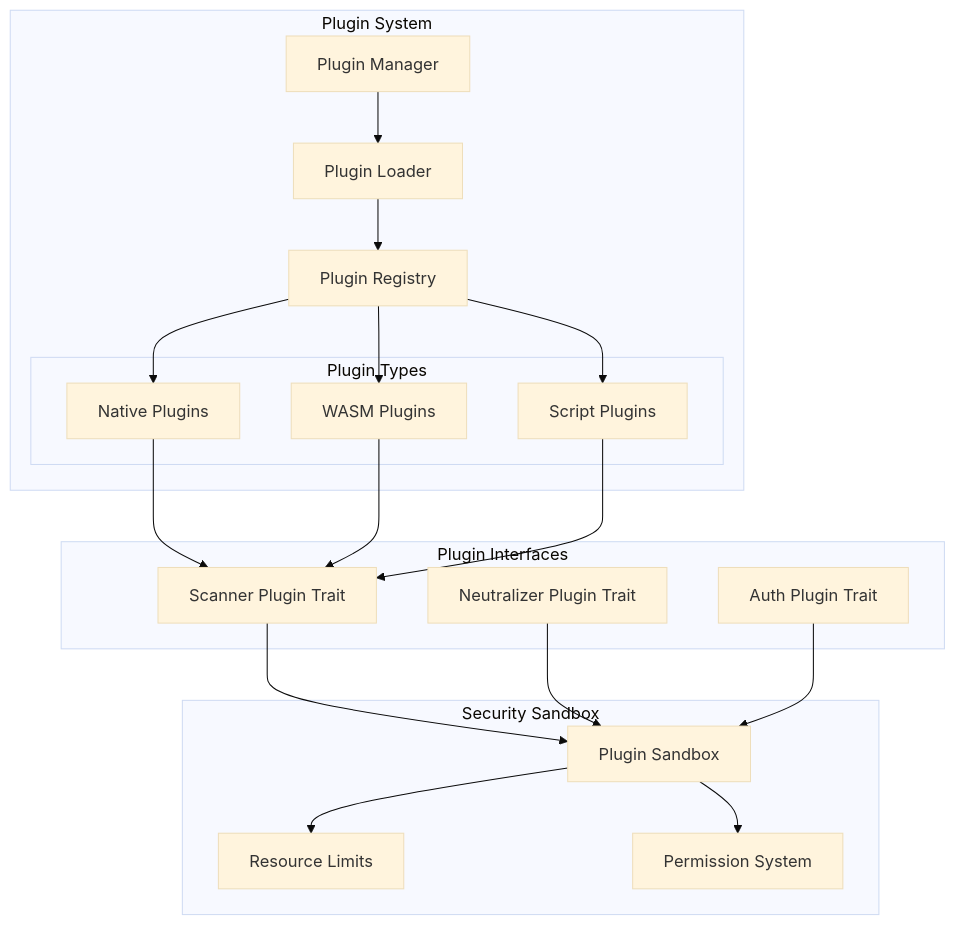
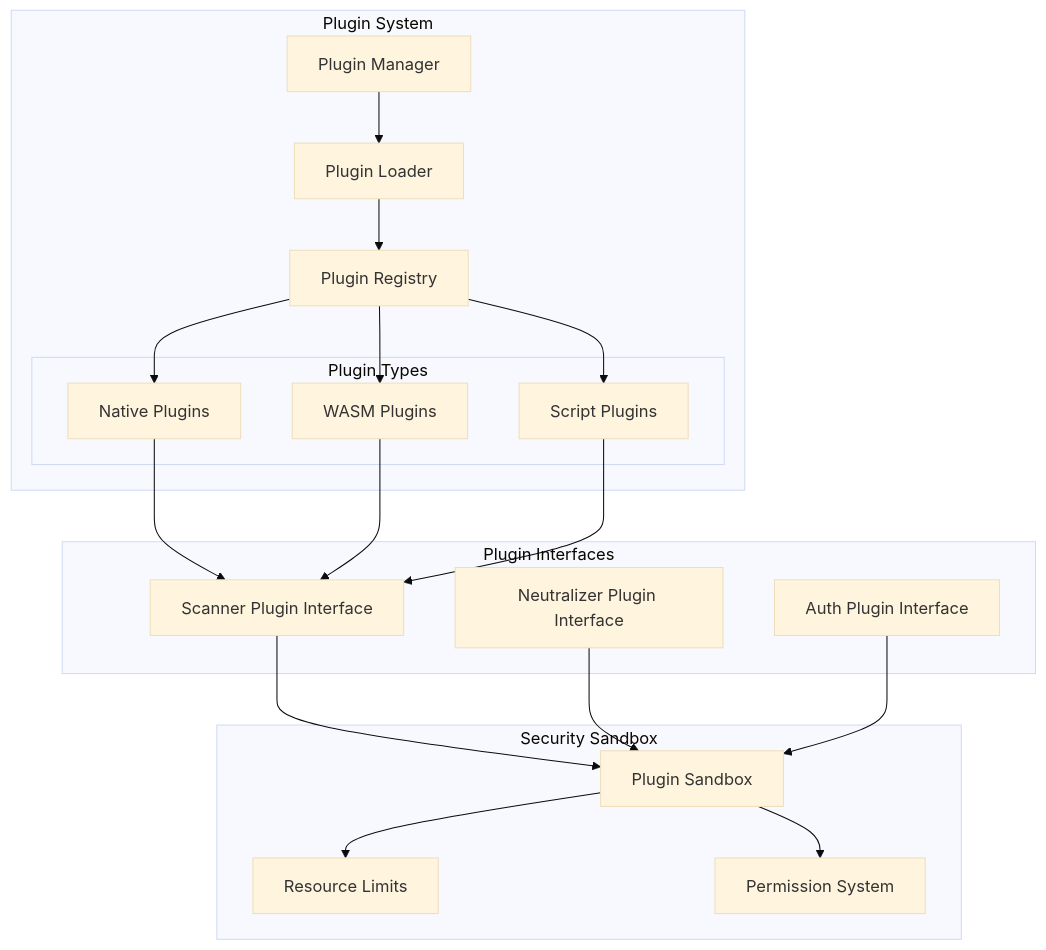
The sixth of 7 diagrams in ARCHITECTURE_DIAGRAMS.md (kindly-software-inc/kindly-guard), drawn with Mermaid (base theme) before and after one commit. The commit also changed other lines of this file and 7 other files, not shown here.

````diff
--- a/ARCHITECTURE_DIAGRAMS.md
+++ b/ARCHITECTURE_DIAGRAMS.md
@@ -473,44 +394,44 @@
 ```mermaid
 graph TD
     subgraph "Plugin System"
         PM[Plugin Manager]
         PL[Plugin Loader]
         PR[Plugin Registry]
         
         subgraph "Plugin Types"
             Native[Native Plugins]
             WASM[WASM Plugins]
             Script[Script Plugins]
         end
     end
     
     subgraph "Plugin Interfaces"
-        ScanPlugin[Scanner Plugin Trait]
-        NeutPlugin[Neutralizer Plugin Trait]
-        AuthPlugin[Auth Plugin Trait]
+        ScanPlugin[Scanner Plugin Interface]
+        NeutPlugin[Neutralizer Plugin Interface]
+        AuthPlugin[Auth Plugin Interface]
     end
     
     subgraph "Security Sandbox"
         Sandbox[Plugin Sandbox]
         Limits[Resource Limits]
         Perms[Permission System]
     end
     
     PM --> PL
     PL --> PR
     
     PR --> Native
     PR --> WASM
     PR --> Script
     
     Native --> ScanPlugin
     WASM --> ScanPlugin
     Script --> ScanPlugin
     
     ScanPlugin --> Sandbox
     NeutPlugin --> Sandbox
     AuthPlugin --> Sandbox
     
     Sandbox --> Limits
     Sandbox --> Perms
 ```
````
